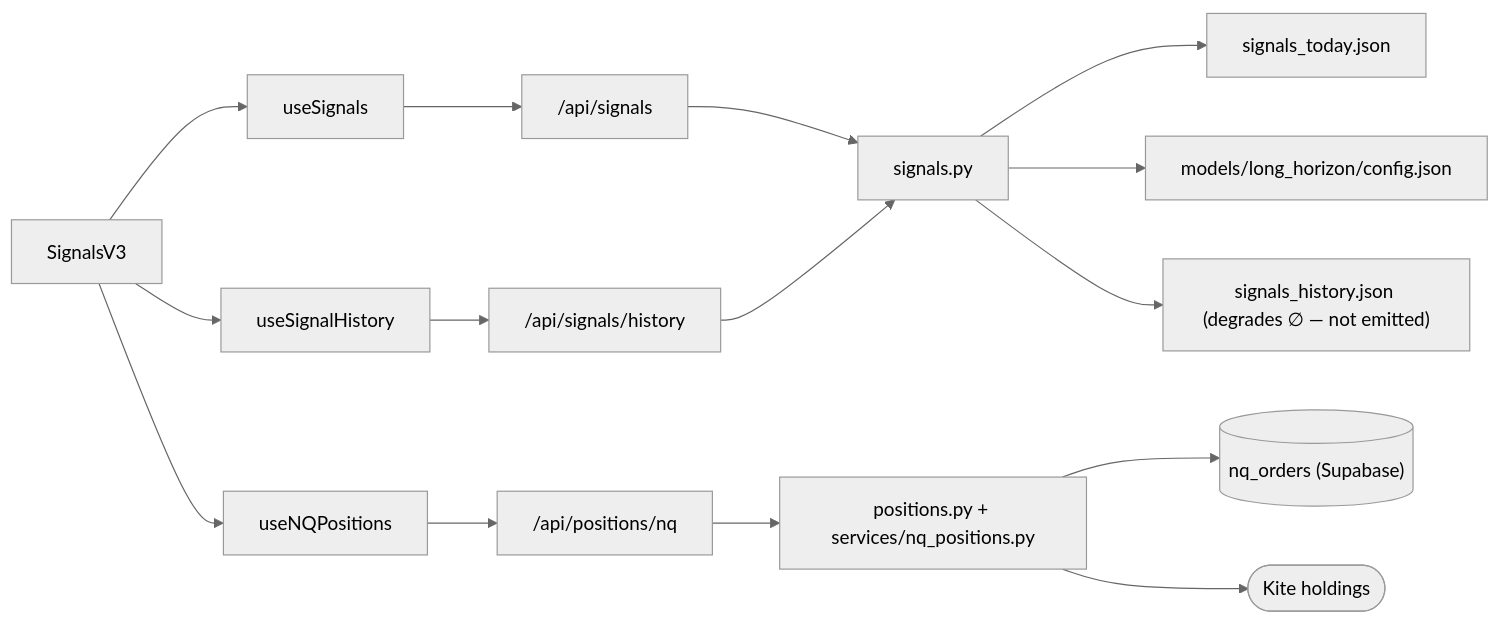
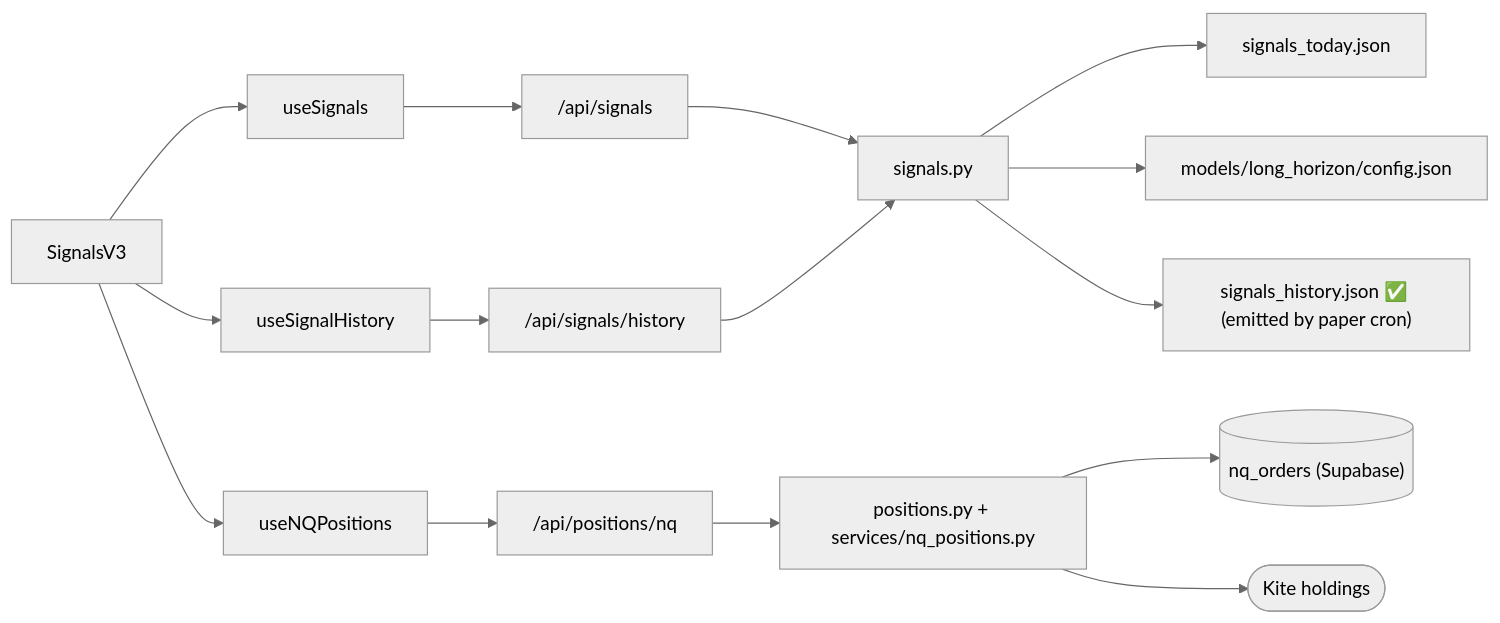
The second of 2 diagrams in docs/FRONTEND_DEPENDENCY_MAP.md (kreeshpatel/nifty-satvik), drawn with Mermaid (neutral theme) before and after one commit. The commit also changed other lines of this file and 1 other file, not shown here.

````diff
--- a/docs/FRONTEND_DEPENDENCY_MAP.md
+++ b/docs/FRONTEND_DEPENDENCY_MAP.md
@@ -56,15 +56,15 @@
 ```mermaid
 flowchart LR
   SV["SignalsV3"] --> hSig["useSignals"] & hSigH["useSignalHistory"] & hNQ["useNQPositions"]
   hSig --> eSig["/api/signals"]
   hSigH --> eSigH["/api/signals/history"]
   hNQ --> eNQ["/api/positions/nq"]
   eSig --> rSig["signals.py"]
   eSigH --> rSig
   eNQ --> rPos2["positions.py + services/nq_positions.py"]
   rSig --> fST["signals_today.json"]
   rSig --> fMdl["models/long_horizon/config.json"]
-  rSig --> fSH["signals_history.json (degrades ∅ — not emitted)"]
+  rSig --> fSH["signals_history.json ✅ (emitted by paper cron)"]
   rPos2 --> dbOrders[("nq_orders (Supabase)")]
   rPos2 --> kite2(["Kite holdings"])
 ```
````
